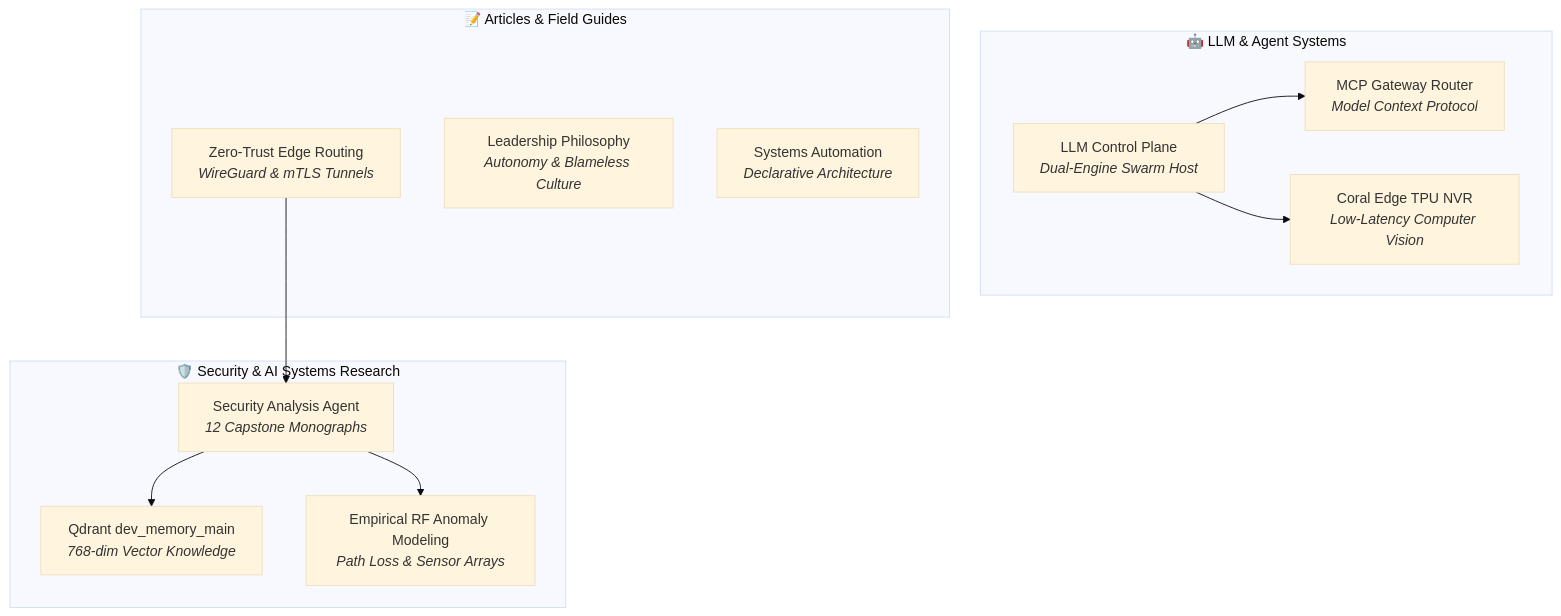
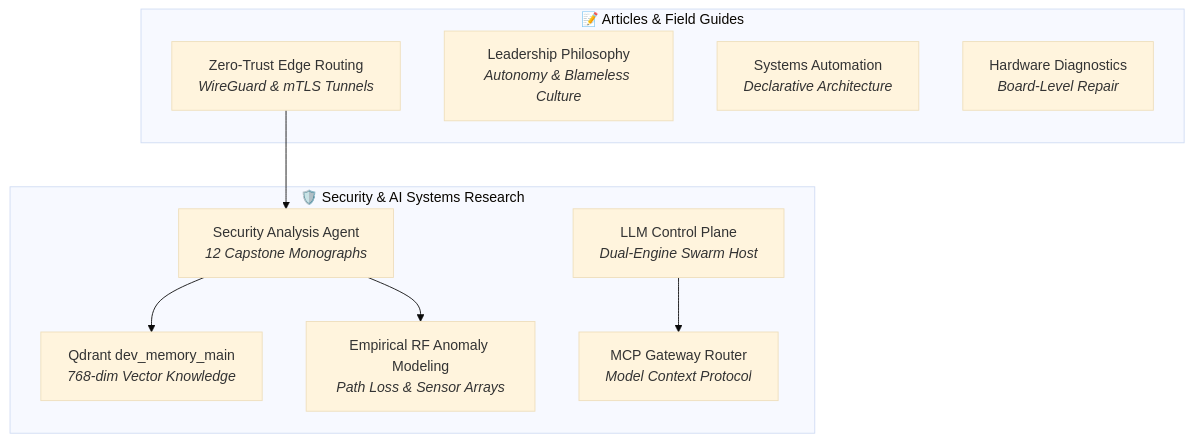
Before and after one commit to rpdev-cdn/iamrp.dev: the diagram in content/Research-and-Ramblings/index.md, drawn with Mermaid (base theme). The commit also changed other lines of this file and 33 other files, not shown here.

````diff
--- a/content/Research-and-Ramblings/index.md
+++ b/content/Research-and-Ramblings/index.md
@@ -31,26 +29,22 @@
 ```mermaid
 graph TD
     subgraph SwarmResearch["🛡️ Security & AI Systems Research"]
         SARA["Security Analysis Agent<br><i>12 Capstone Monographs</i>"]
         VectorDB["Qdrant dev_memory_main<br><i>768-dim Vector Knowledge</i>"]
         RFTelemetry["Empirical RF Anomaly Modeling<br><i>Path Loss & Sensor Arrays</i>"]
-    end
-
-    subgraph AgentPlanes["🤖 LLM & Agent Systems"]
         ControlPlane["LLM Control Plane<br><i>Dual-Engine Swarm Host</i>"]
         MCPGateway["MCP Gateway Router<br><i>Model Context Protocol</i>"]
-        EdgeTPU["Coral Edge TPU NVR<br><i>Low-Latency Computer Vision</i>"]
     end
 
     subgraph Ramblings["📝 Articles & Field Guides"]
         ZeroTrust["Zero-Trust Edge Routing<br><i>WireGuard & mTLS Tunnels</i>"]
         Philosophy["Leadership Philosophy<br><i>Autonomy & Blameless Culture</i>"]
         Automation["Systems Automation<br><i>Declarative Architecture</i>"]
+        Repairs["Hardware Diagnostics<br><i>Board-Level Repair</i>"]
     end
 
     SARA --> VectorDB
     SARA --> RFTelemetry
     ControlPlane --> MCPGateway
-    ControlPlane --> EdgeTPU
     ZeroTrust --> SARA
 ```
````
